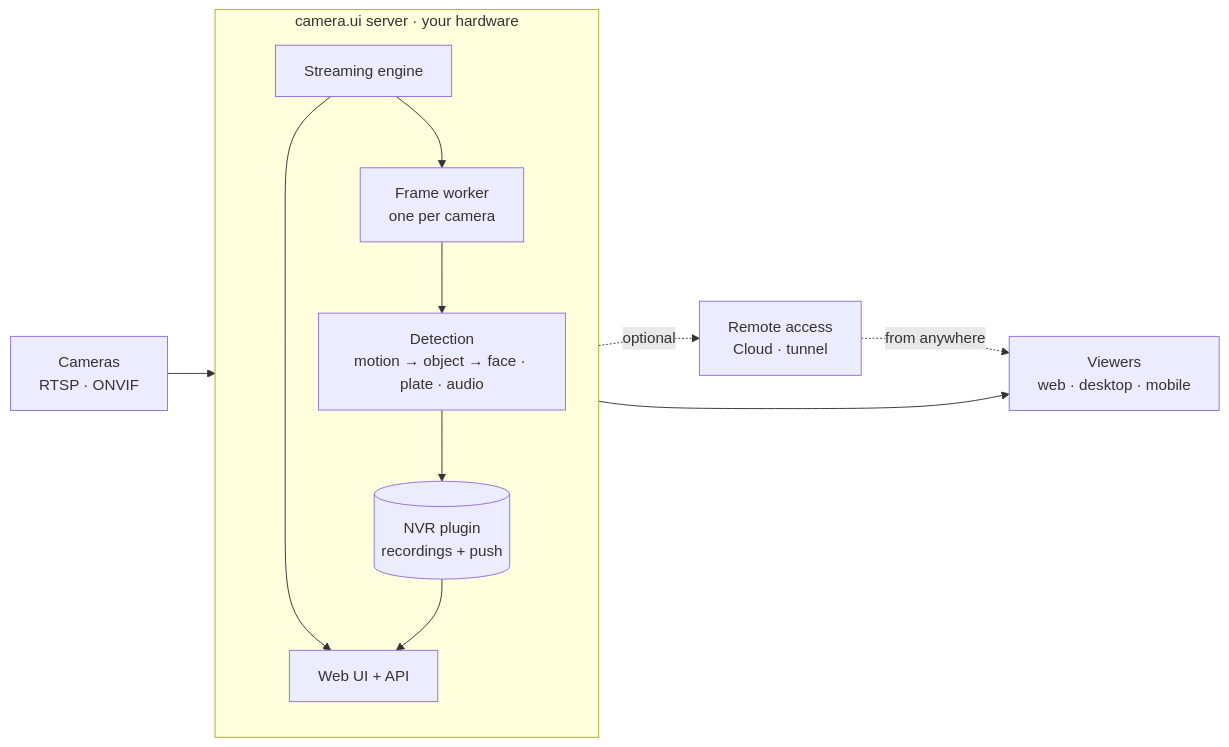
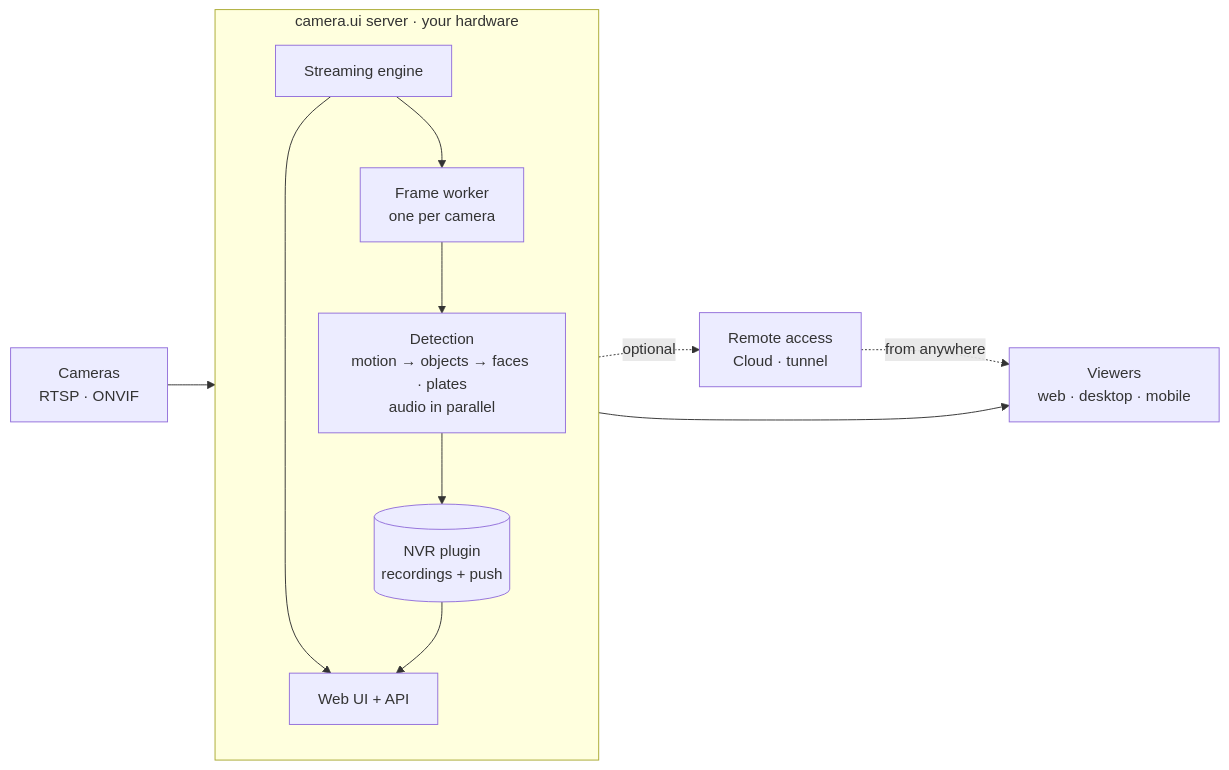
Before and after one commit to cameraui/docs: the diagram in intro/architecture.md, drawn with Mermaid. The commit also changed other lines of this file and 5 other files, not shown here.

````diff
--- a/intro/architecture.md
+++ b/intro/architecture.md
@@ -15,18 +15,18 @@
 ```mermaid
 flowchart LR
   cam[Cameras<br/>RTSP · ONVIF]
 
   subgraph server[camera.ui server · your hardware]
     direction TB
     g[Streaming engine] --> fw[Frame worker<br/>one per camera]
-    fw --> det[Detection<br/>motion → object → face · plate · audio]
+    fw --> det[Detection<br/>motion → objects → faces · plates<br/>audio in parallel]
     det --> nvr[(NVR plugin<br/>recordings + push)]
     g --> api[Web UI + API]
     nvr --> api
   end
 
   cam --> g
   api --> viewers[Viewers<br/>web · desktop · mobile]
   api -. optional .-> remote[Remote access<br/>Cloud · tunnel]
   remote -. from anywhere .-> viewers
 ```
````
